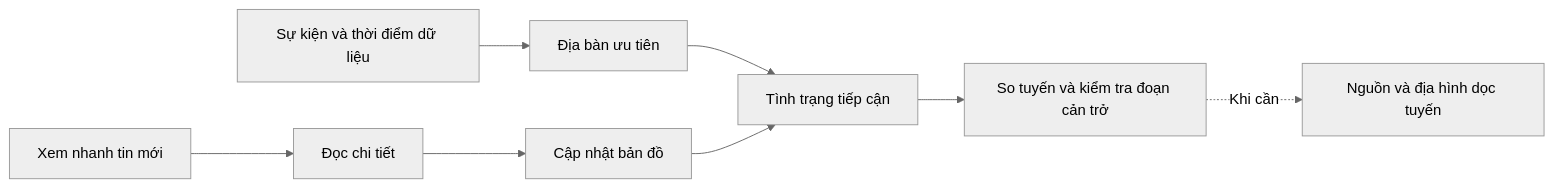
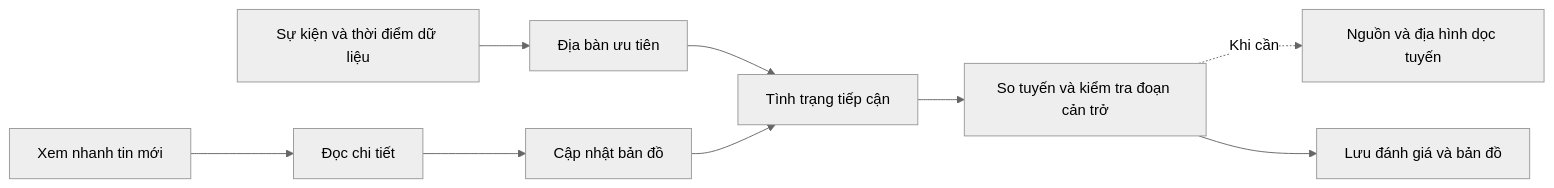
Before and after one commit to Mrnobody102/unisec: the diagram in docs/product/interface.md, drawn with Mermaid (neutral theme). The commit also changed other lines of this file and 13 other files, not shown here.

````diff
--- a/docs/product/interface.md
+++ b/docs/product/interface.md
@@ -7,10 +7,11 @@
 ```mermaid
 flowchart LR
     A[Sự kiện và thời điểm dữ liệu] --> B[Địa bàn ưu tiên]
     B --> C[Tình trạng tiếp cận]
     C --> D[So tuyến và kiểm tra đoạn cản trở]
     D -. Khi cần .-> E[Nguồn và địa hình dọc tuyến]
+    D --> I[Lưu đánh giá và bản đồ]
     F[Xem nhanh tin mới] --> G[Đọc chi tiết]
     G --> H[Cập nhật bản đồ]
     H --> C
 ```
````
